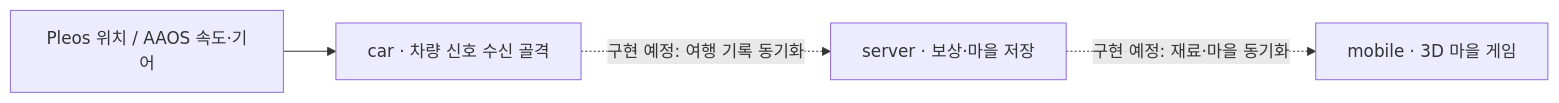
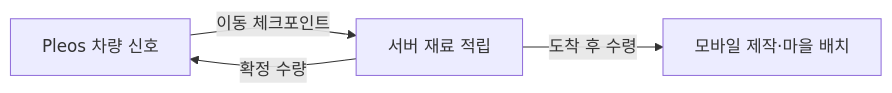
Before and after one commit to lsh1215/lets-pleo: the diagram in README.md, drawn with Mermaid. The commit also changed other lines of this file and 107 other files, not shown here.

````diff
--- a/README.md
+++ b/README.md
@@ -19,6 +33,6 @@
 ```mermaid
 flowchart LR
-    Signals["Pleos 위치 / AAOS 속도·기어"] --> Car["car · 차량 신호 수신 골격"]
-    Car -. "구현 예정: 여행 기록 동기화" .-> Server["server · 보상·마을 저장"]
-    Server -. "구현 예정: 재료·마을 동기화" .-> Mobile["mobile · 3D 마을 게임"]
+  Car["Pleos 차량 신호"] -->|"이동 체크포인트"| Server["서버 재료 적립"]
+  Server -->|"확정 수량"| Car
+  Server -->|"도착 후 수령"| Mobile["모바일 제작·마을 배치"]
 ```
````
